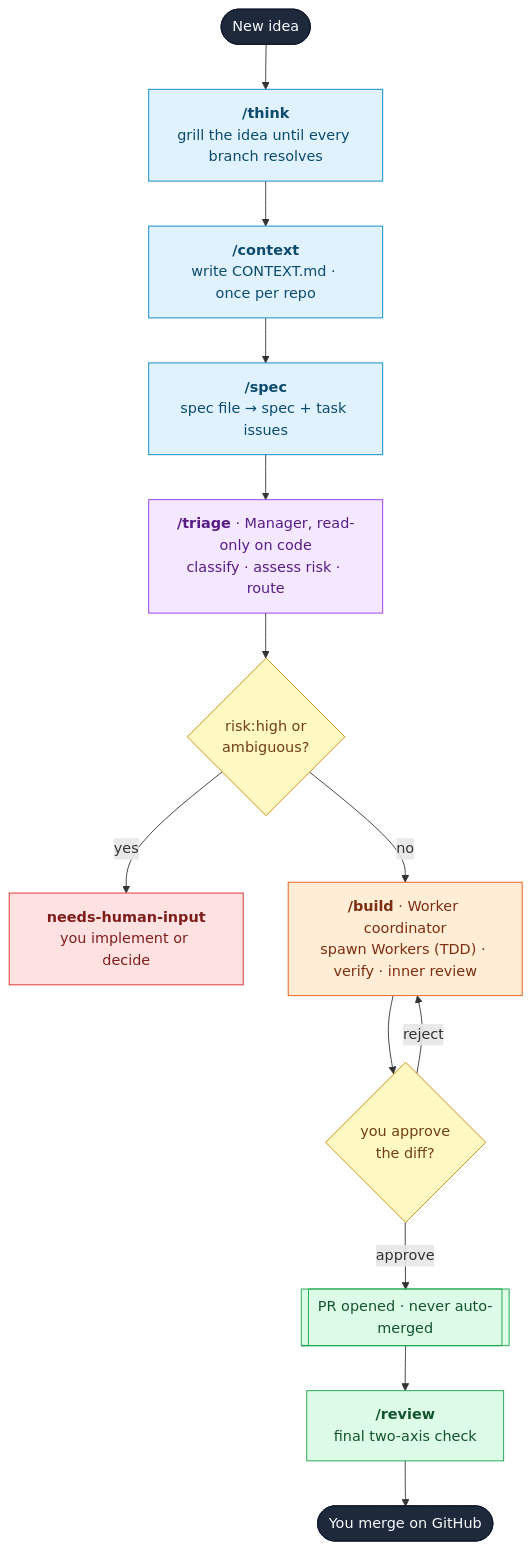
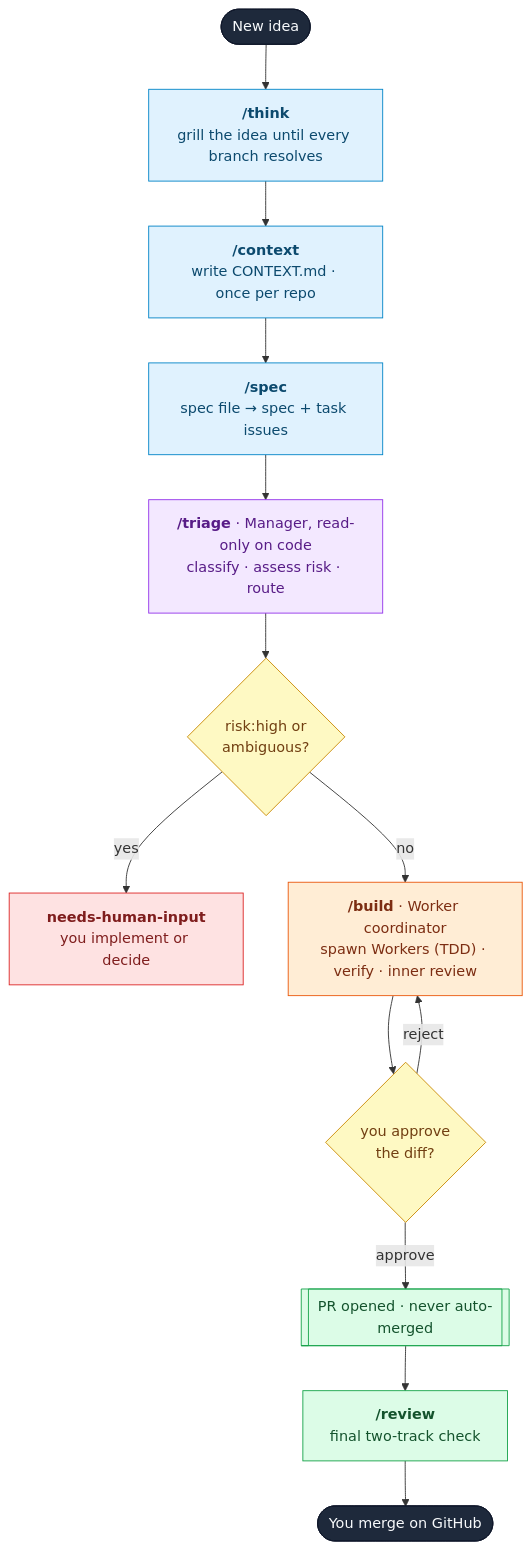
The diagram in README.md (markstent/muster), drawn with Mermaid before and after one commit. The commit also changed other lines of this file and 7 other files, not shown here.

````diff
--- a/README.md
+++ b/README.md
@@ -131,33 +131,33 @@
 ```mermaid
 flowchart TD
     idea([New idea]):::edge
 
     think["<b>/think</b><br/>grill the idea until every branch resolves"]:::plan
     context["<b>/context</b><br/>write CONTEXT.md · once per repo"]:::plan
     spec["<b>/spec</b><br/>spec file → spec + task issues"]:::plan
 
     triage["<b>/triage</b> · Manager, read-only on code<br/>classify · assess risk · route"]:::manage
     risk{"risk:high or<br/>ambiguous?"}:::decision
     human["<b>needs-human-input</b><br/>you implement or decide"]:::stop
 
     build["<b>/build</b> · Worker coordinator<br/>spawn Workers (TDD) · verify · inner review"]:::execute
     approve{"you approve<br/>the diff?"}:::decision
 
     pr[["PR opened · never auto-merged"]]:::ship
-    review["<b>/review</b><br/>final two-axis check"]:::ship
+    review["<b>/review</b><br/>final two-track check"]:::ship
     merge([You merge on GitHub]):::edge
 
     idea --> think --> context --> spec --> triage --> risk
     risk -->|yes| human
     risk -->|no| build --> approve
     approve -->|reject| build
     approve -->|approve| pr --> review --> merge
 
     classDef plan fill:#e0f2fe,stroke:#0284c7,color:#0c4a6e;
     classDef manage fill:#f3e8ff,stroke:#9333ea,color:#581c87;
     classDef execute fill:#ffedd5,stroke:#ea580c,color:#7c2d12;
     classDef decision fill:#fef9c3,stroke:#ca8a04,color:#713f12;
     classDef ship fill:#dcfce7,stroke:#16a34a,color:#14532d;
     classDef stop fill:#fee2e2,stroke:#dc2626,color:#7f1d1d;
     classDef edge fill:#1e293b,stroke:#0f172a,color:#f8fafc;
 ```
````
